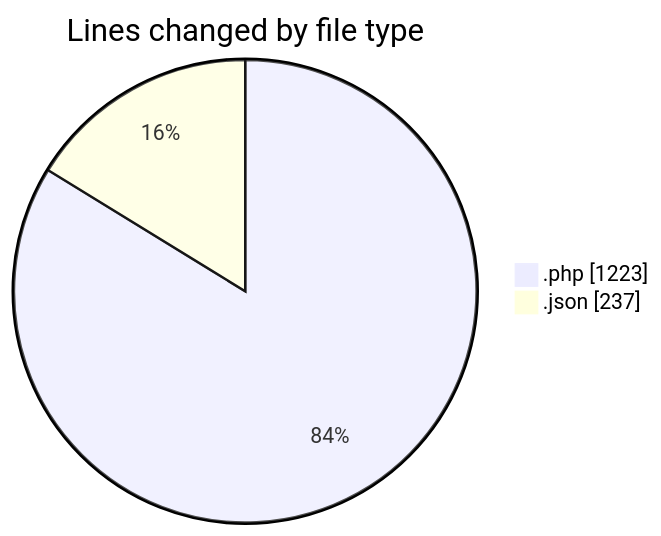
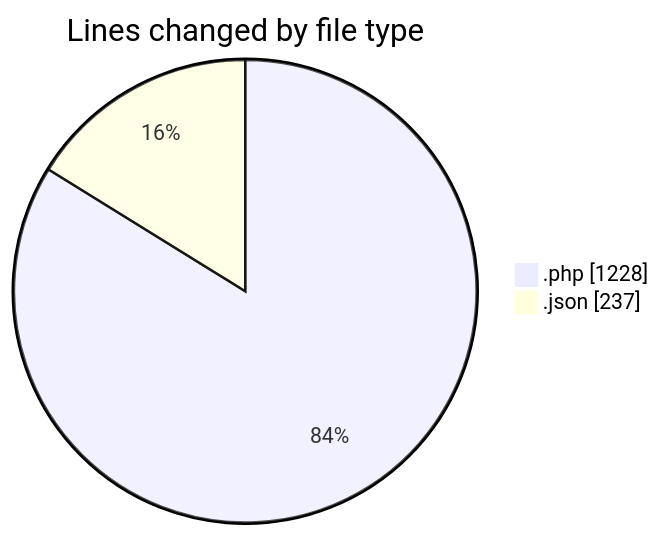
The first of 2 diagrams in 2025-06-13/studio-backend/README.md (idhammustaqopulfikri/code-tracking), drawn with Mermaid before and after one commit. The commit also changed other lines of this file and 1 other file, not shown here.

````diff
--- a/2025-06-13/studio-backend/README.md
+++ b/2025-06-13/studio-backend/README.md
@@ -30,6 +30,6 @@
 ```mermaid
 pie showData
 title Lines changed by file type
-".php" : 1223
+".php" : 1228
 ".json" : 237
 ```
````
